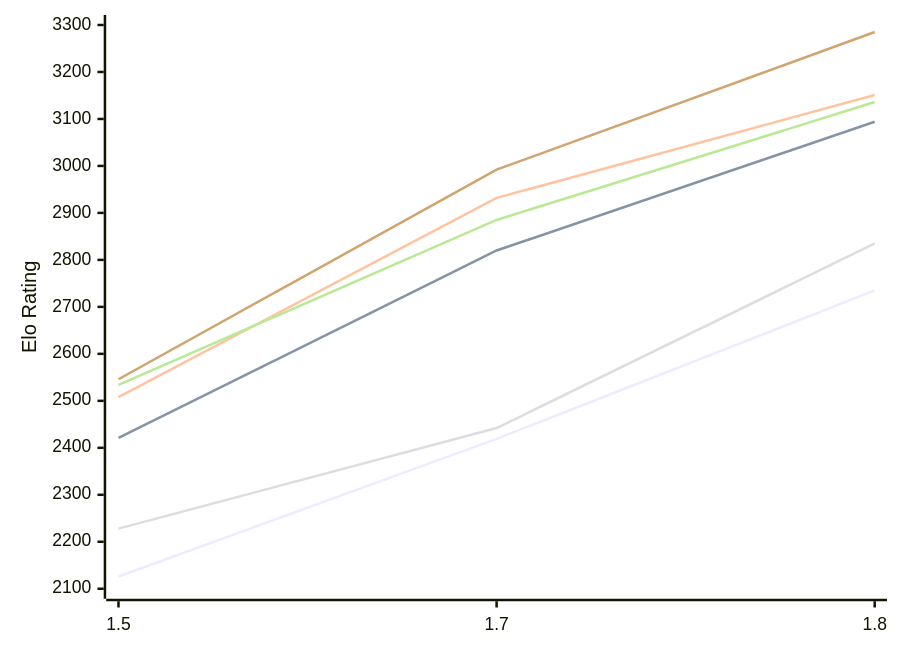
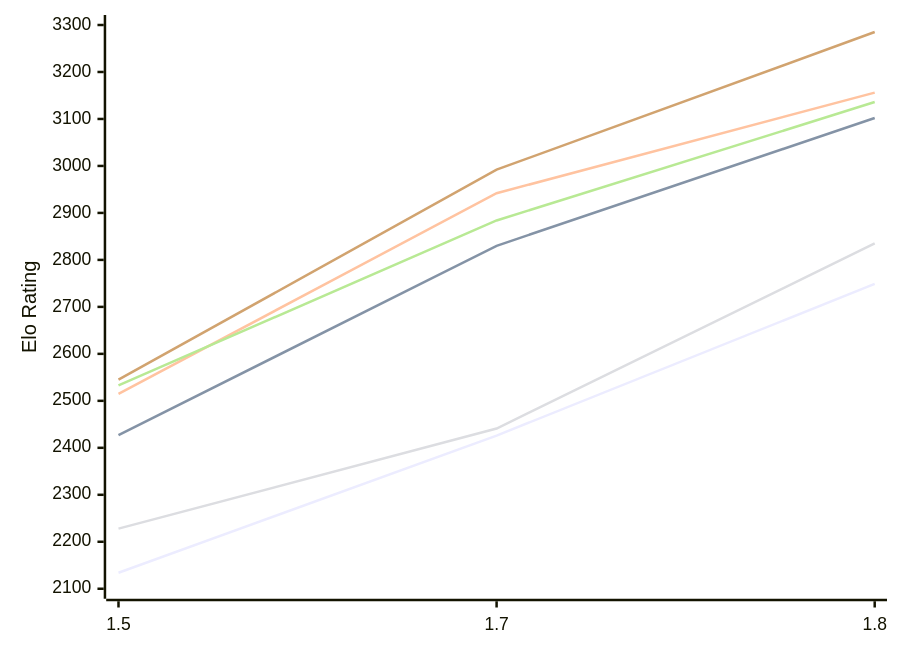
Before and after one commit to computer-chess-index/cci: the first of 2 diagrams in engines/Facon.md, drawn with Mermaid. The commit also changed other lines of this file, not shown here.

Commit message:
Update CCI Ratings (ELO VLTC) - 2026-11-07

````diff
--- a/engines/Facon.md
+++ b/engines/Facon.md
@@ -54,12 +54,12 @@
 ```mermaid
 %%{init: {"theme":"base","themeVariables":{"seriesColors:['#a3a3a3','#222221','#faa371']}}}%%
 xychart-beta
   x-axis ["1.5", "1.7", "1.8"]
   y-axis "Elo Rating" 2100 --> 3300
-  line "E1: STC (8.0+0.08s)" [2126, 2419, 2735]
-  line "E1: LTC (60.0+0.60s)" [2421, 2820, 3094]
-  line "E1: VLTC (2m24s+1.12s)" [2508, 2932, 3151]
-  line "P1: STC (8.0+0.08s)" [2228, 2442, 2835]
-  line "P1: LTC (60.0+0.60s)" [2534, 2885, 3136]
-  line "P1: VLTC (2m24s+1.12s)" [2546, 2992, 3285]
+  line "E1: STC (8.0+0.08s)" [2134, 2426, 2749]
+  line "E1: LTC (60.0+0.60s)" [2427, 2830, 3102]
+  line "E1: VLTC (2m24s+1.12s)" [2515, 2942, 3156]
+  line "P1: STC (8.0+0.08s)" [2228, 2441, 2835]
+  line "P1: LTC (60.0+0.60s)" [2533, 2884, 3136]
+  line "P1: VLTC (2m24s+1.12s)" [2545, 2992, 3285]
 ```
````
